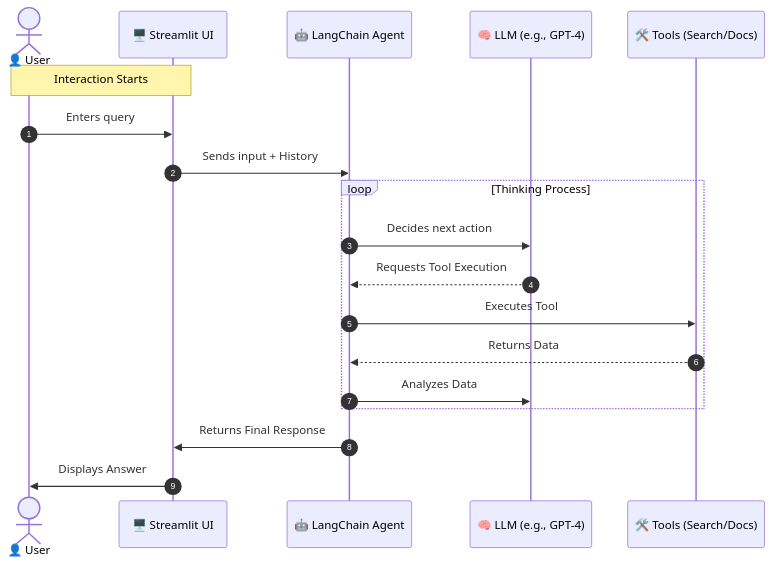
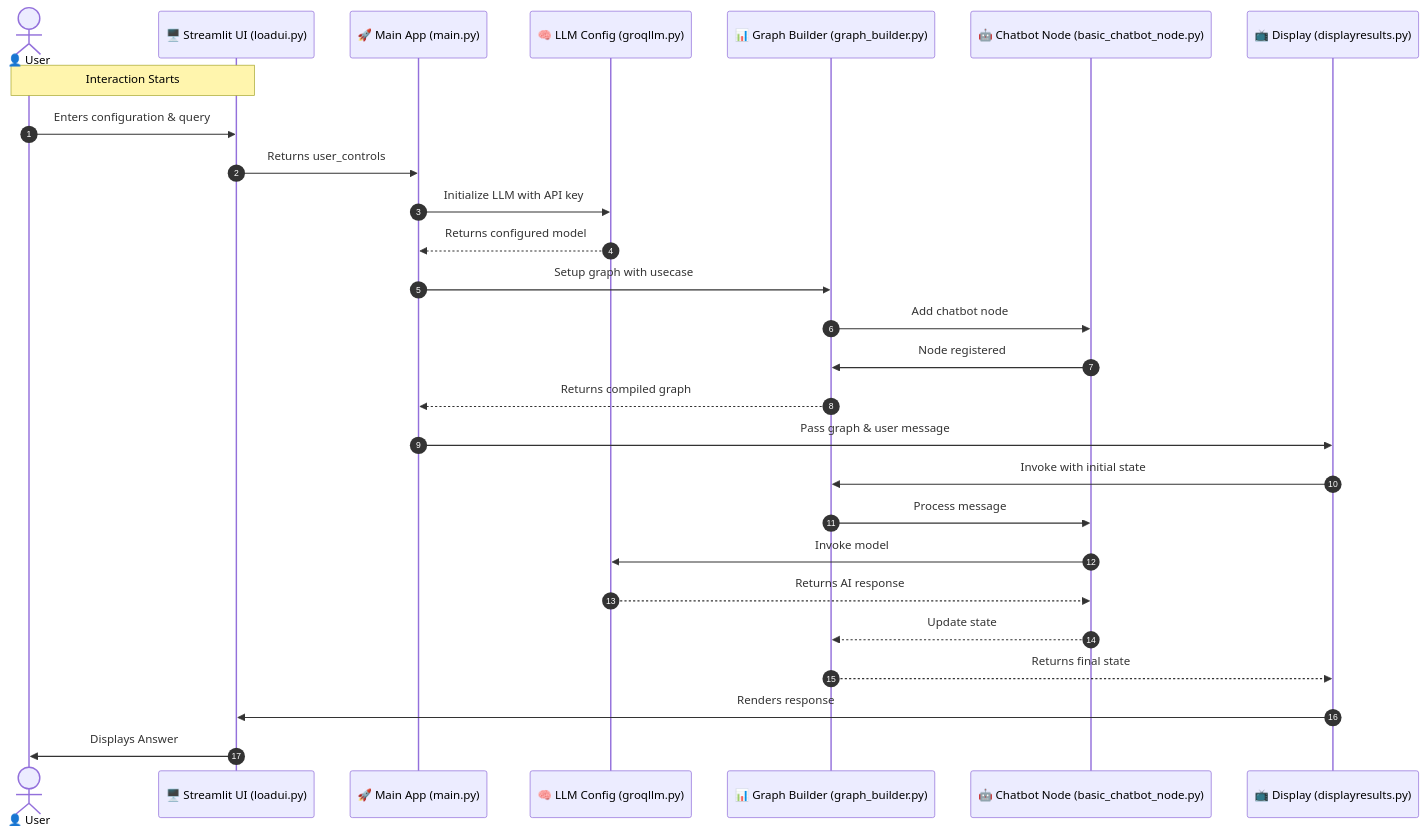
One commit to reasow2011/Agenticchatbot changed the diagram in README.md. Above: the diagram before and after it, drawn with Mermaid. The commit also changed other lines of this file, not shown here.

````diff
--- a/README.md
+++ b/README.md
@@ -5,24 +17,30 @@
 ```mermaid
 sequenceDiagram
     autonumber
     actor User as 👤 User
-    participant UI as 🖥️ Streamlit UI
-    participant Agent as 🤖 LangChain Agent
-    participant LLM as 🧠 LLM (e.g., GPT-4)
-    participant Tools as 🛠️ Tools (Search/Docs)
+    participant UI as 🖥️ Streamlit UI (loadui.py)
+    participant Main as 🚀 Main App (main.py)
+    participant LLM as 🧠 LLM Config (groqllm.py)
+    participant Graph as 📊 Graph Builder (graph_builder.py)
+    participant Node as 🤖 Chatbot Node (basic_chatbot_node.py)
+    participant Display as 📺 Display (displayresults.py)
 
     Note over User, UI: Interaction Starts
-    User->>UI: Enters query
-    UI->>Agent: Sends input + History
-
-    loop Thinking Process
-        Agent->>LLM: Decides next action
-        LLM-->>Agent: Requests Tool Execution
-        Agent->>Tools: Executes Tool
-        Tools-->>Agent: Returns Data
-        Agent->>LLM: Analyzes Data
-    end
-
-    Agent->>UI: Returns Final Response
+    User->>UI: Enters configuration & query
+    UI->>Main: Returns user_controls
+    Main->>LLM: Initialize LLM with API key
+    LLM-->>Main: Returns configured model
+    Main->>Graph: Setup graph with usecase
+    Graph->>Node: Add chatbot node
+    Node->>Graph: Node registered
+    Graph-->>Main: Returns compiled graph
+    Main->>Display: Pass graph & user message
+    Display->>Graph: Invoke with initial state
+    Graph->>Node: Process message
+    Node->>LLM: Invoke model
+    LLM-->>Node: Returns AI response
+    Node-->>Graph: Update state
+    Graph-->>Display: Returns final state
+    Display->>UI: Renders response
     UI->>User: Displays Answer
 ```
````
